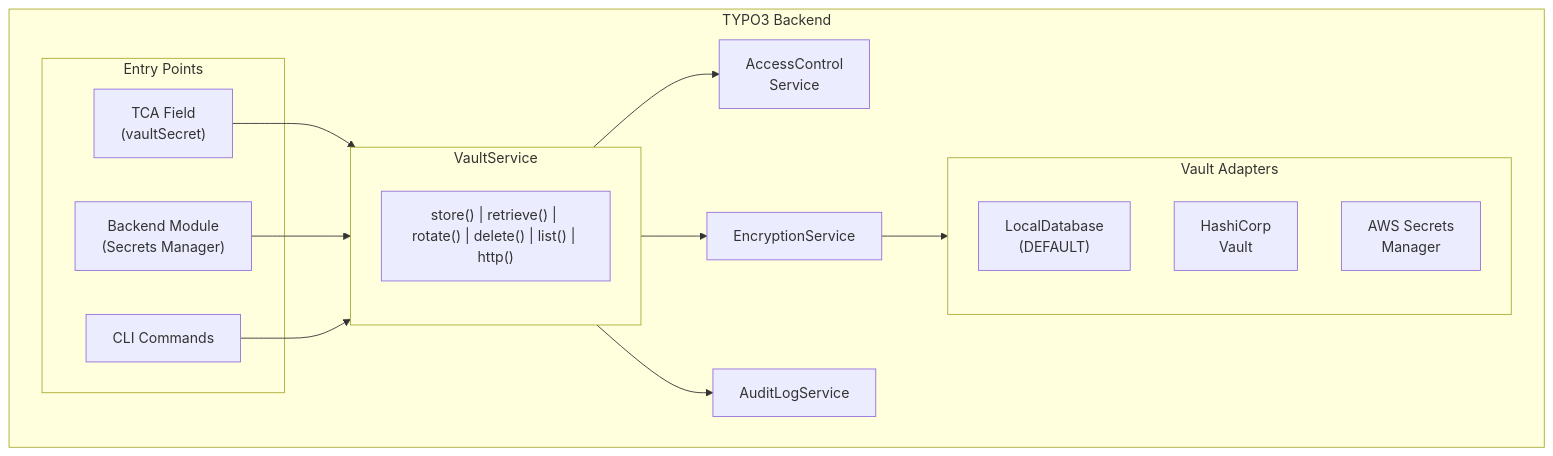
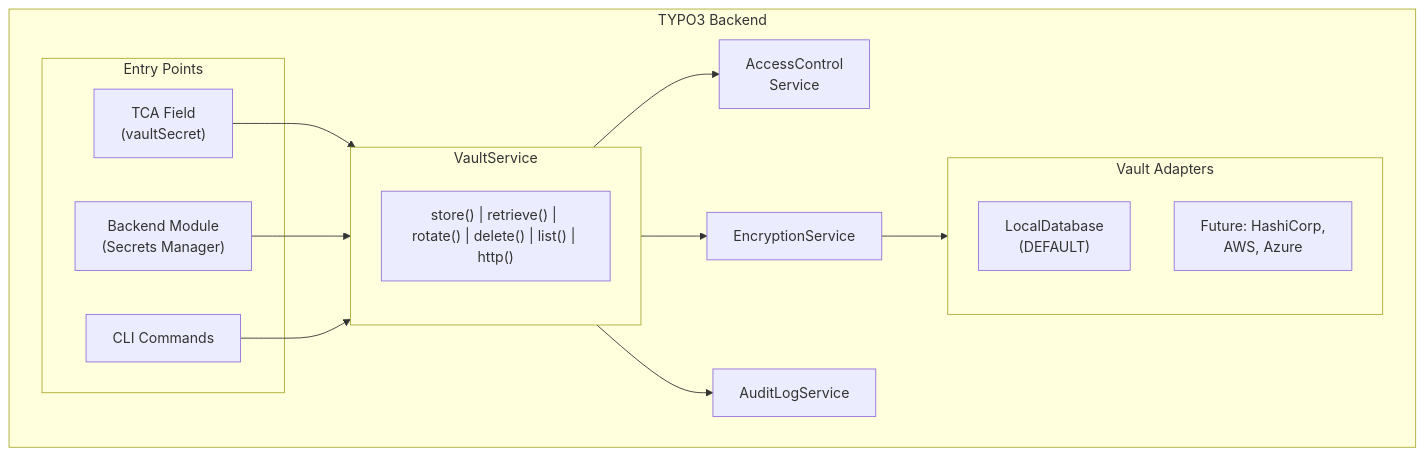
One commit to dirnbauer/t3x-nr-vault changed the first of 2 diagrams in README.md. Above: the diagram before and after it, drawn with Mermaid. The commit also changed other lines of this file, not shown here.

First line of the commit message:
docs: clarify external vault adapters are planned, not implemented

````diff
--- a/README.md
+++ b/README.md
@@ -34,28 +34,27 @@
 ```mermaid
 flowchart TB
     subgraph TYPO3["TYPO3 Backend"]
         subgraph Entry["Entry Points"]
             TCA["TCA Field<br/>(vaultSecret)"]
             Backend["Backend Module<br/>(Secrets Manager)"]
             CLI["CLI Commands"]
         end
 
         TCA & Backend & CLI --> VaultService
 
         subgraph VaultService["VaultService"]
             API["store() | retrieve() | rotate() | delete() | list() | http()"]
         end
 
         VaultService --> AccessControl["AccessControl<br/>Service"]
         VaultService --> Encryption["EncryptionService"]
         VaultService --> Audit["AuditLogService"]
 
         Encryption --> Adapters
 
         subgraph Adapters["Vault Adapters"]
             Local["LocalDatabase<br/>(DEFAULT)"]
-            HashiCorp["HashiCorp<br/>Vault"]
-            AWS["AWS Secrets<br/>Manager"]
+            Future["Future: HashiCorp,<br/>AWS, Azure"]
         end
     end
 ```
````
